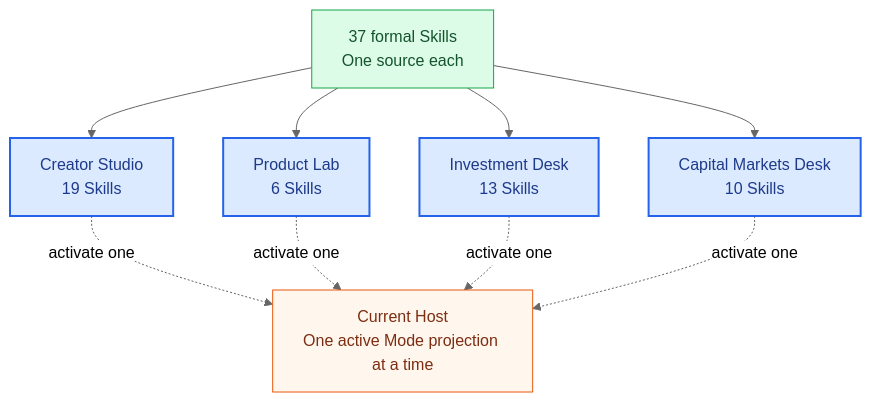
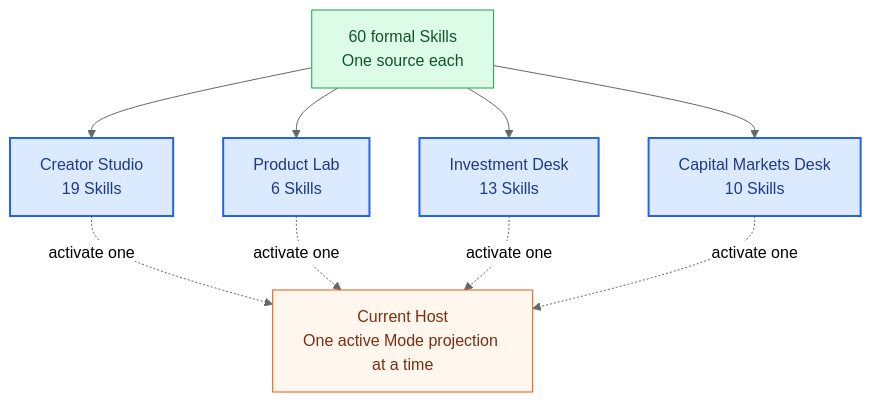
One commit to qihangzhang-272/agent-skill-library changed the diagram in README_EN.md. Above: the diagram before and after it, drawn with Mermaid (neutral theme). The commit also changed other lines of this file and 216 other files, not shown here.

````diff
--- a/README_EN.md
+++ b/README_EN.md
@@ -159,25 +165,25 @@
 ```mermaid
 flowchart TB
-    POOL["37 formal Skills<br/>One source each"]
+    POOL["60 formal Skills<br/>One source each"]
     CREATOR["Creator Studio<br/>19 Skills"]
     PRODUCT["Product Lab<br/>6 Skills"]
     INVESTMENT["Investment Desk<br/>13 Skills"]
     CAPITAL["Capital Markets Desk<br/>10 Skills"]
     HOST["Current Host<br/>One active Mode projection at a time"]
 
     POOL --> CREATOR
     POOL --> PRODUCT
     POOL --> INVESTMENT
     POOL --> CAPITAL
     CREATOR -.activate one.-> HOST
     PRODUCT -.activate one.-> HOST
     INVESTMENT -.activate one.-> HOST
     CAPITAL -.activate one.-> HOST
 
     classDef truth fill:#dcfce7,stroke:#16a34a,color:#14532d;
     classDef mode fill:#dbeafe,stroke:#2563eb,color:#1e3a8a,stroke-width:2px;
     classDef host fill:#fff7ed,stroke:#ea580c,color:#7c2d12;
     class POOL truth;
     class CREATOR,PRODUCT,INVESTMENT,CAPITAL mode;
     class HOST host;
 ```
````
